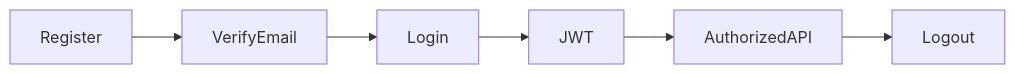
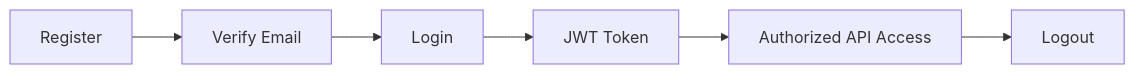
Before and after one commit to chintanchhapgar/ShopSphere: the second of 2 diagrams in docs/authentication.md, drawn with Mermaid. The commit also changed other lines of this file, not shown here.

First line of the commit message:
Enhance authentication documentation with features and flow

````diff
--- a/docs/authentication.md
+++ b/docs/authentication.md
@@ -329,9 +375,15 @@
 ```mermaid
 flowchart LR
+    A["Register"]
+    B["Verify Email"]
+    C["Login"]
+    D["JWT Token"]
+    E["Authorized API Access"]
+    F["Logout"]
 
-Register --> VerifyEmail
-VerifyEmail --> Login
-Login --> JWT
-JWT --> AuthorizedAPI
-AuthorizedAPI --> Logout
+    A --> B
+    B --> C
+    C --> D
+    D --> E
+    E --> F
 ```
````
